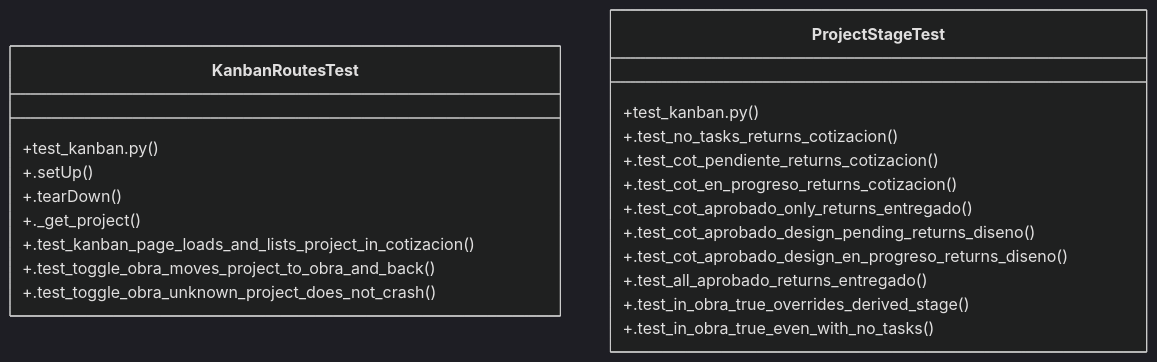
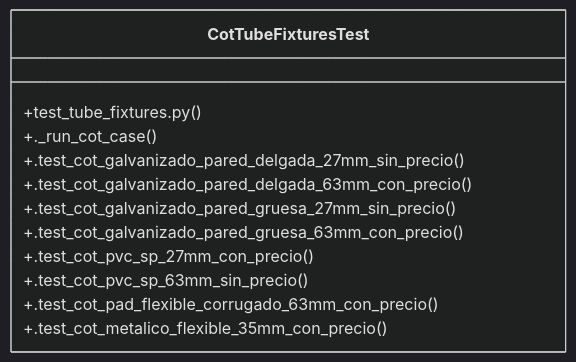
One commit to Daftrick/ProjectTracker changed the diagram in graphify-out/wiki/Community_21.md. Above: the diagram before and after it, drawn with Mermaid (dark theme). The commit also changed other lines of this file and 479 other files, not shown here.

````diff
--- a/graphify-out/wiki/Community_21.md
+++ b/graphify-out/wiki/Community_21.md
@@ -32,24 +33,15 @@
 ```mermaid
 classDiagram
-    class KanbanRoutesTest {
-        +test_kanban.py()
-        +.setUp()
-        +.tearDown()
-        +._get_project()
-        +.test_kanban_page_loads_and_lists_project_in_cotizacion()
-        +.test_toggle_obra_moves_project_to_obra_and_back()
-        +.test_toggle_obra_unknown_project_does_not_crash()
-    }
-    class ProjectStageTest {
-        +test_kanban.py()
-        +.test_no_tasks_returns_cotizacion()
-        +.test_cot_pendiente_returns_cotizacion()
-        +.test_cot_en_progreso_returns_cotizacion()
-        +.test_cot_aprobado_only_returns_entregado()
-        +.test_cot_aprobado_design_pending_returns_diseno()
-        +.test_cot_aprobado_design_en_progreso_returns_diseno()
-        +.test_all_aprobado_returns_entregado()
-        +.test_in_obra_true_overrides_derived_stage()
-        +.test_in_obra_true_even_with_no_tasks()
+    class CotTubeFixturesTest {
+        +test_tube_fixtures.py()
+        +._run_cot_case()
+        +.test_cot_galvanizado_pared_delgada_27mm_sin_precio()
+        +.test_cot_galvanizado_pared_delgada_63mm_con_precio()
+        +.test_cot_galvanizado_pared_gruesa_27mm_sin_precio()
+        +.test_cot_galvanizado_pared_gruesa_63mm_con_precio()
+        +.test_cot_pvc_sp_27mm_con_precio()
+        +.test_cot_pvc_sp_63mm_sin_precio()
+        +.test_cot_pad_flexible_corrugado_63mm_con_precio()
+        +.test_cot_metalico_flexible_35mm_con_precio()
     }
 ```
````
